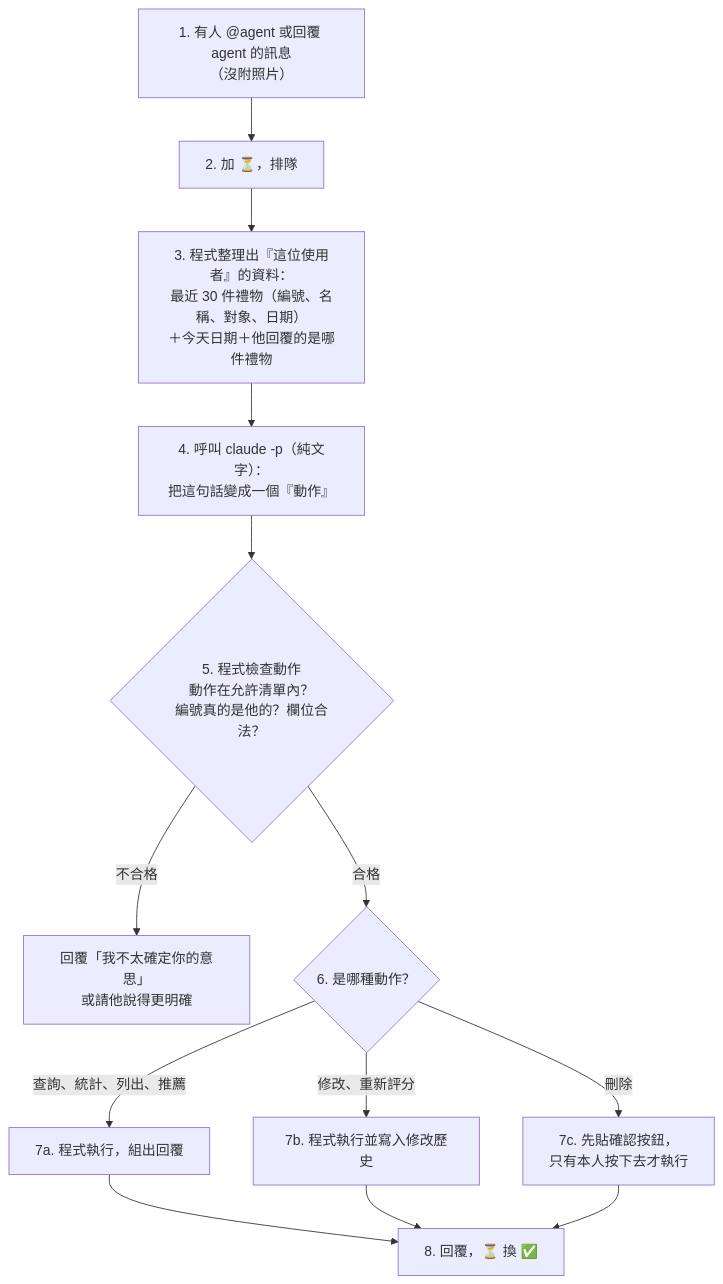
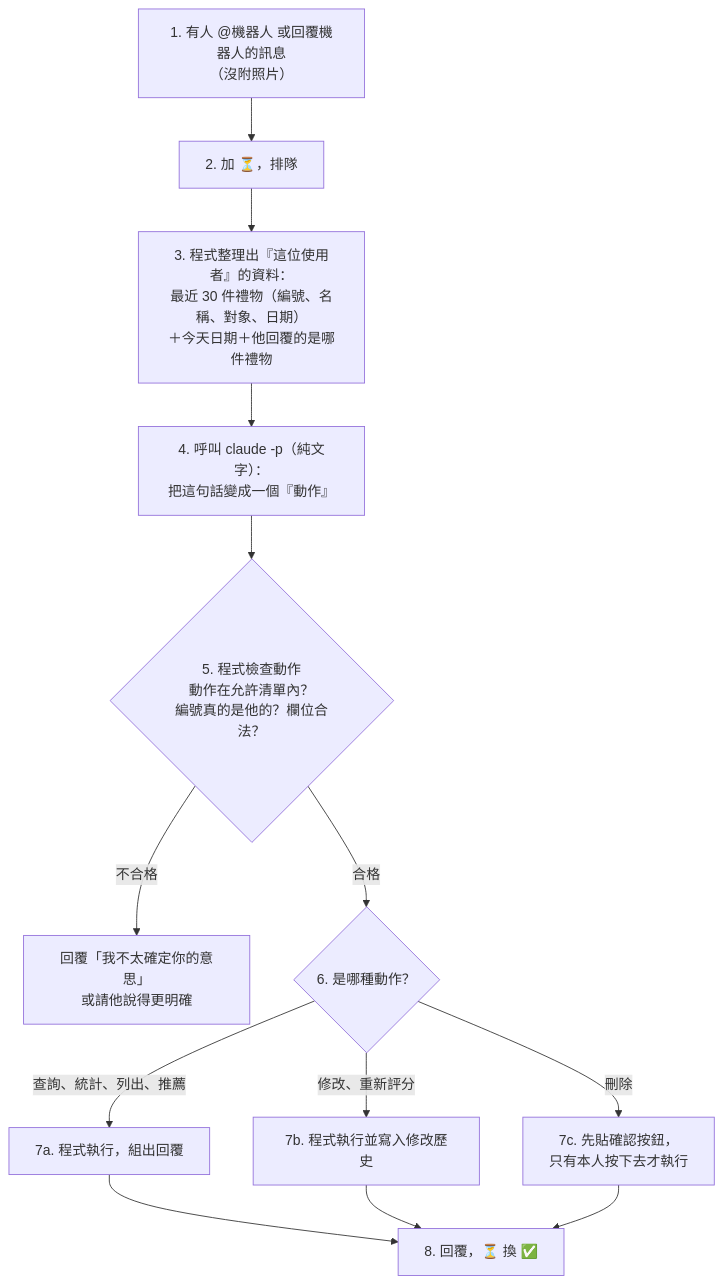
The third of 3 diagrams in docs/architecture.md (yhh-128/food128), drawn with Mermaid before and after one commit. The commit also changed other lines of this file and 7 other files, not shown here.

````diff
--- a/docs/architecture.md
+++ b/docs/architecture.md
@@ -188,15 +189,15 @@
 ```mermaid
 flowchart TD
-    A["1. 有人 @agent 或回覆 agent 的訊息<br/>（沒附照片）"] --> B["2. 加 ⏳，排隊"]
+    A["1. 有人 @機器人 或回覆機器人的訊息<br/>（沒附照片）"] --> B["2. 加 ⏳，排隊"]
     B --> C["3. 程式整理出『這位使用者』的資料：<br/>最近 30 件禮物（編號、名稱、對象、日期）<br/>＋今天日期＋他回覆的是哪件禮物"]
     C --> D["4. 呼叫 claude -p（純文字）：<br/>把這句話變成一個『動作』"]
     D --> E{"5. 程式檢查動作<br/>動作在允許清單內？<br/>編號真的是他的？欄位合法？"}
     E -->|"不合格"| E1["回覆「我不太確定你的意思」<br/>或請他說得更明確"]
     E -->|"合格"| F{"6. 是哪種動作？"}
     F -->|"查詢、統計、列出、推薦"| G["7a. 程式執行，組出回覆"]
     F -->|"修改、重新評分"| H["7b. 程式執行並寫入修改歷史"]
     F -->|"刪除"| I["7c. 先貼確認按鈕，<br/>只有本人按下去才執行"]
     G --> J["8. 回覆，⏳ 換 ✅"]
     H --> J
     I --> J
 ```
````
